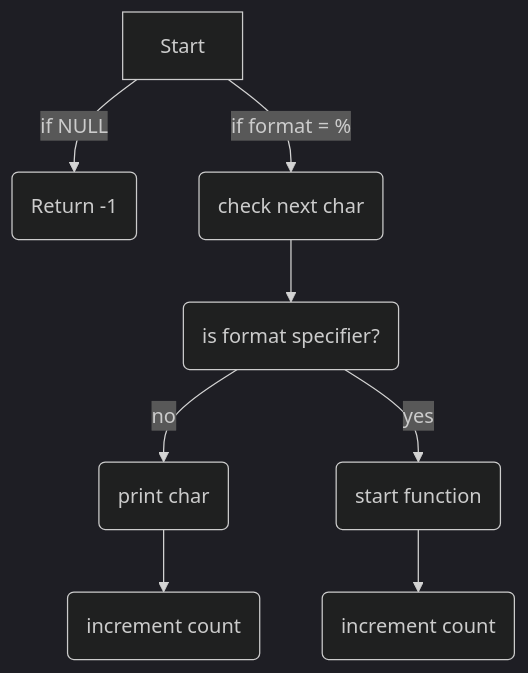
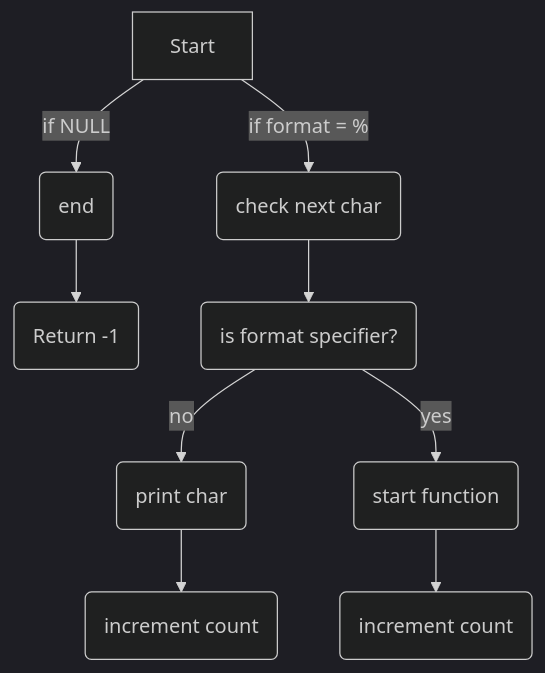
Before and after one commit to Albat93/holbertonschool-printf: the diagram in README.md, drawn with Mermaid (dark theme). The commit also changed other lines of this file, not shown here.

````diff
--- a/README.md
+++ b/README.md
@@ -8,11 +15,12 @@
 ```mermaid
 flowchart TD
-A[Start] -- if NULL --> B(Return -1)
+A[Start] -- if NULL -->Z(end)
+Z --> B(Return -1)
 A -- if format = % --> C(check next char)
 C --> D(is format specifier?)
 D -- no --> E(print char)
 D -- yes --> F(start function)
 E --> G(increment count)
 F --> H(increment count)
 
 ```
````
